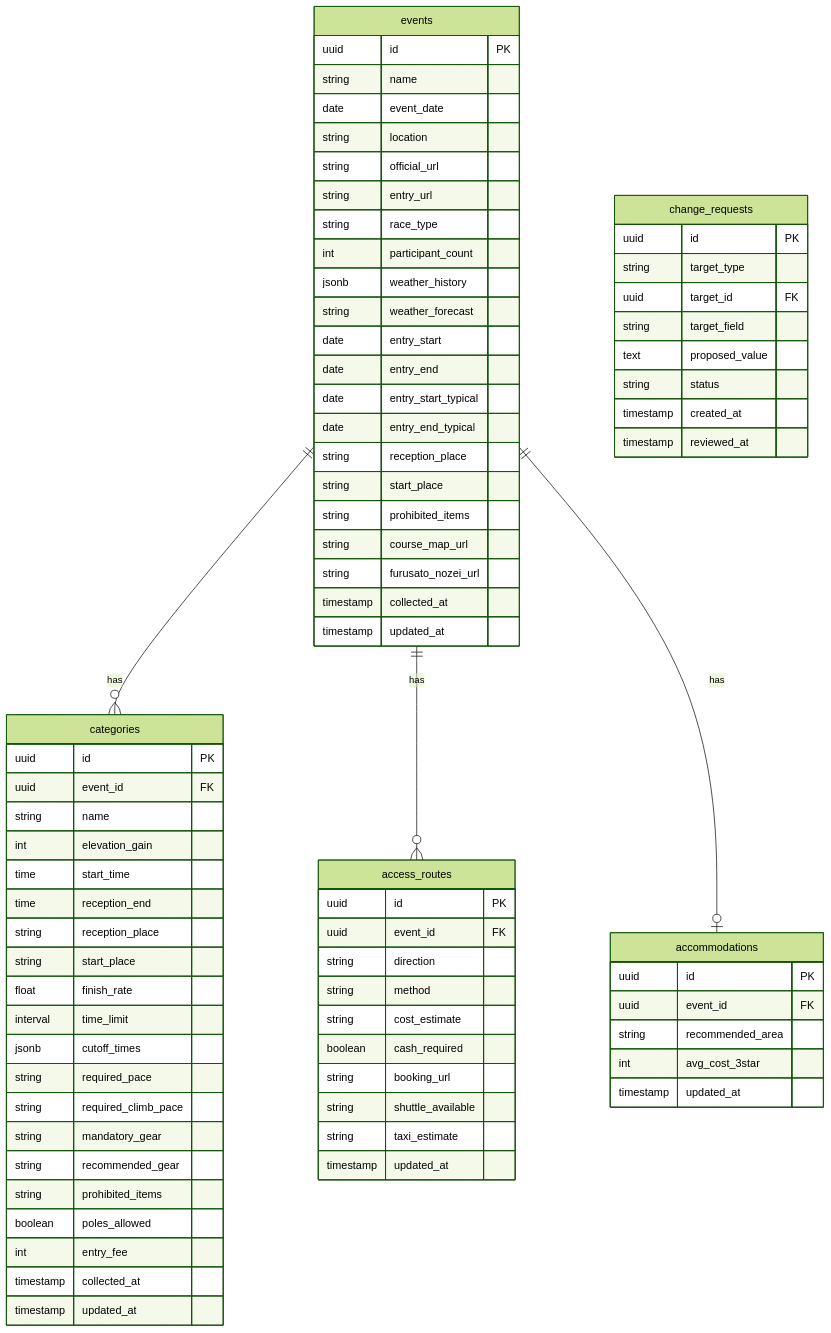
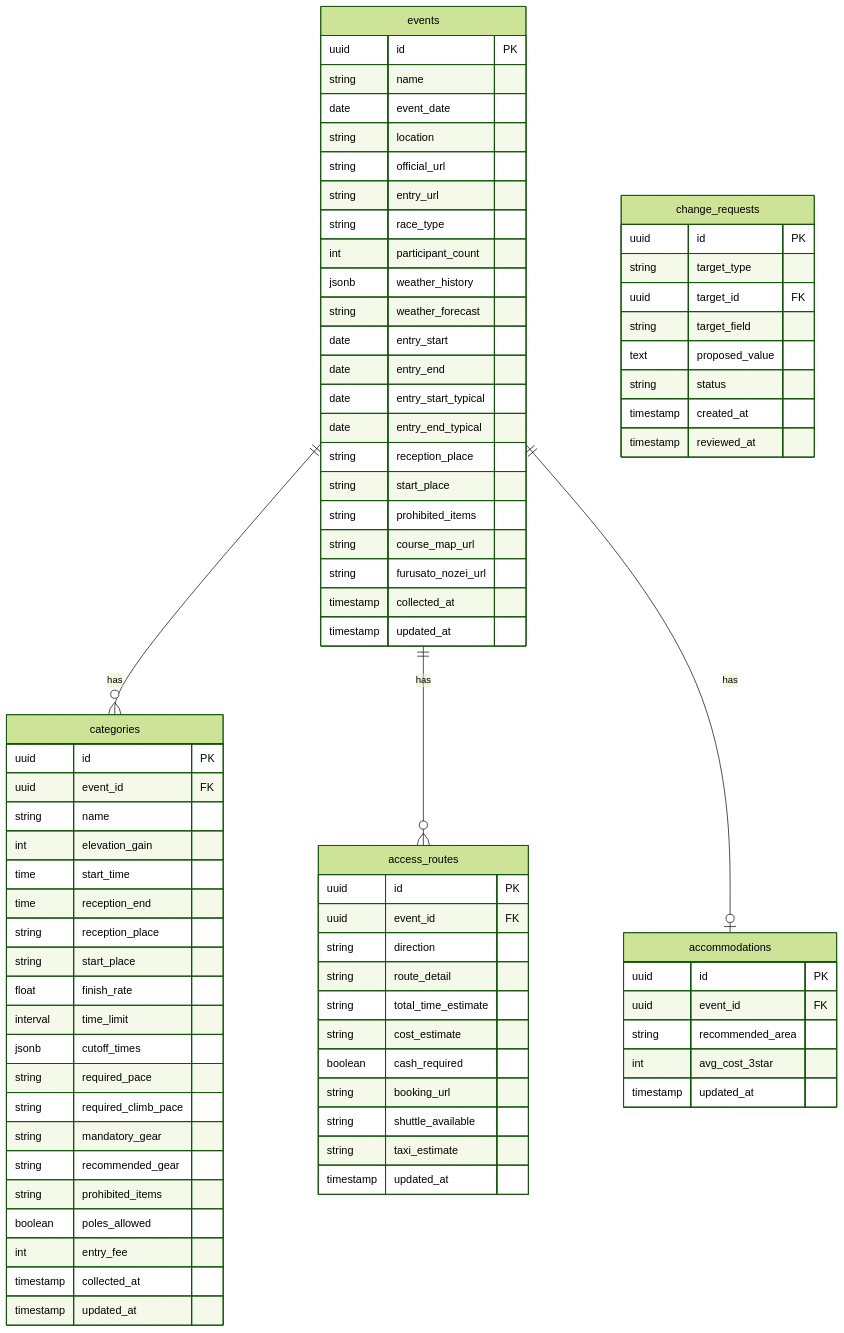
One commit to bokuno-studio/YabaiTravel changed the first of 2 diagrams in docs/SPEC_DATA_STRUCTURE.md. Above: the diagram before and after it, drawn with Mermaid (forest theme). The commit also changed other lines of this file and 1 other file, not shown here.

```diff
--- a/docs/SPEC_DATA_STRUCTURE.md
+++ b/docs/SPEC_DATA_STRUCTURE.md
@@ -63,7 +63,8 @@
         uuid id PK
         uuid event_id FK
         string direction
-        string method
+        string route_detail
+        string total_time_estimate
         string cost_estimate
         boolean cash_required
         string booking_url
```
